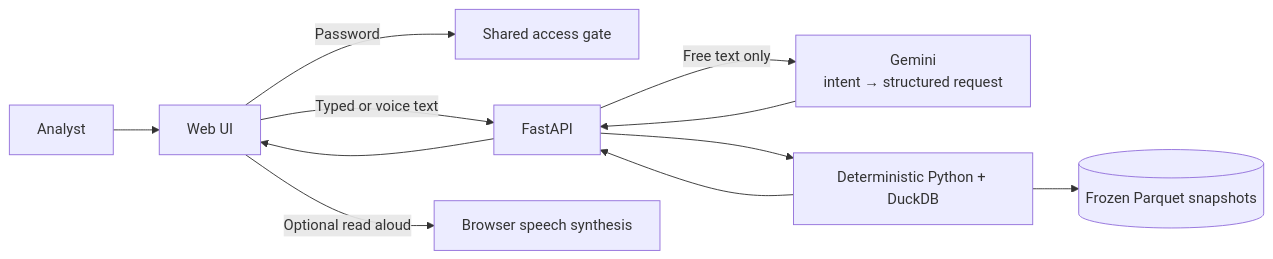
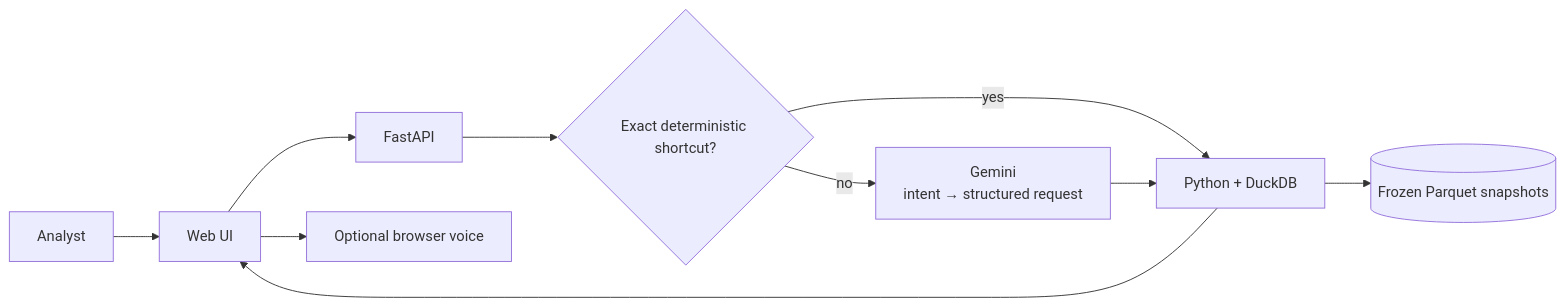
One commit to Bar-Bettash/deloitte-home-assignment changed the diagram in README.md. Above: the diagram before and after it, drawn with Mermaid. The commit also changed other lines of this file, not shown here.

````diff
--- a/README.md
+++ b/README.md
@@ -23,13 +25,12 @@
 ```mermaid
 flowchart LR
     U[Analyst] --> UI[Web UI]
-    UI -->|Password| AUTH[Shared access gate]
-    UI -->|Typed or voice text| API[FastAPI]
-    API -->|Free text only| LLM[Gemini<br/>intent → structured request]
-    LLM --> API
-    API --> ENG[Deterministic Python + DuckDB]
-    ENG --> DATA[(Frozen Parquet snapshots)]
-    ENG --> API
-    API --> UI
-    UI -->|Optional read aloud| TTS[Browser speech synthesis]
+    UI --> API[FastAPI]
+    API --> C{Exact deterministic shortcut?}
+    C -->|yes| E[Python + DuckDB]
+    C -->|no| G[Gemini<br/>intent → structured request]
+    G --> E
+    E --> D[(Frozen Parquet snapshots)]
+    E --> UI
+    UI --> V[Optional browser voice]
 ```
````
